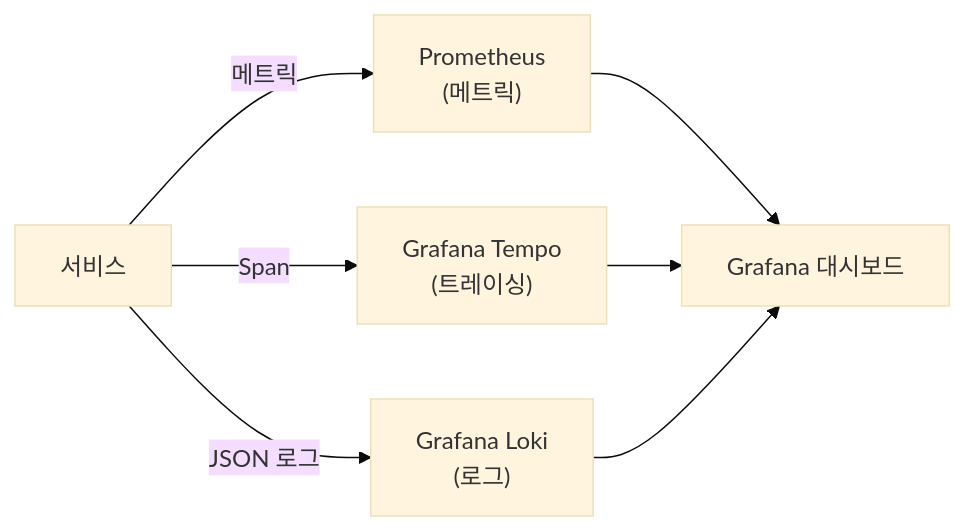
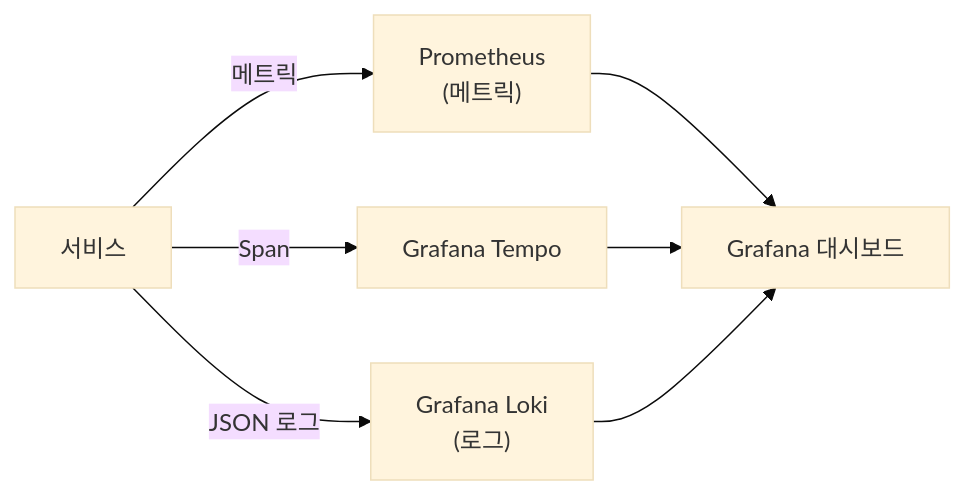
One commit to yjkim2015/yjkim2015.github.io changed diagram 13 of 15 in _posts/architecture/2026-05-02-msa-deep.md. Above: the diagram before and after it, drawn with Mermaid (base theme). The commit also changed other lines of this file and 245 other files, not shown here.

First line of the commit message:
Mermaid 다이어그램 전면 수정 + 면접 포인트 접기/펼치기 + DB 데드락 페이지

````diff
--- a/_posts/architecture/2026-05-02-msa-deep.md
+++ b/_posts/architecture/2026-05-02-msa-deep.md
@@ -1508,9 +1508,9 @@
 ```mermaid
 graph LR
-    App["서비스"] -->|Span| Tempo["Grafana Tempo\n(트레이싱)"]
+    App["서비스"] -->|Span| Tempo["Grafana Tempo"]
     App -->|메트릭| Prom["Prometheus\n(메트릭)"]
     App -->|JSON 로그| Loki["Grafana Loki\n(로그)"]
     Prom --> Grafana["Grafana 대시보드"]
     Tempo --> Grafana
     Loki --> Grafana
 ```
````
